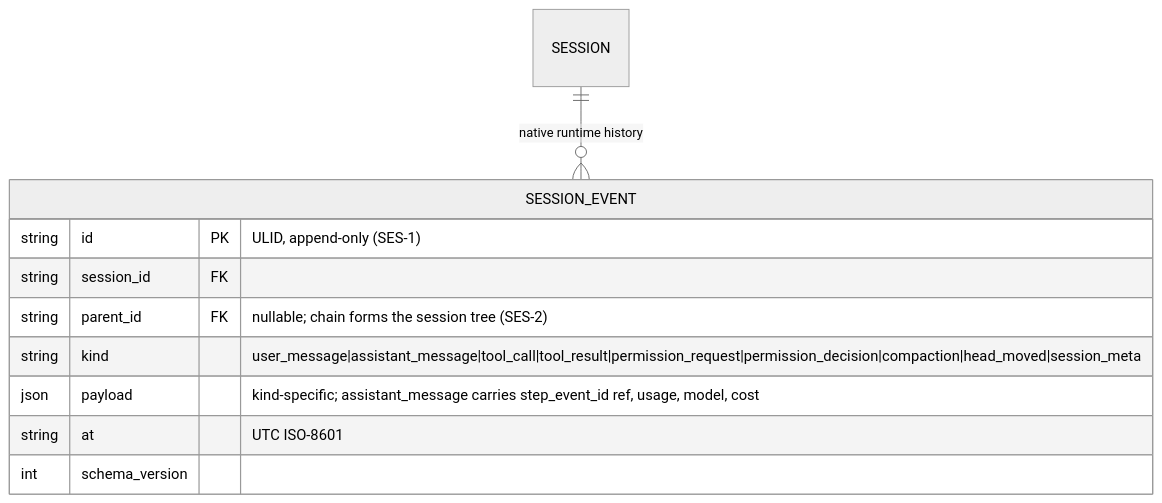
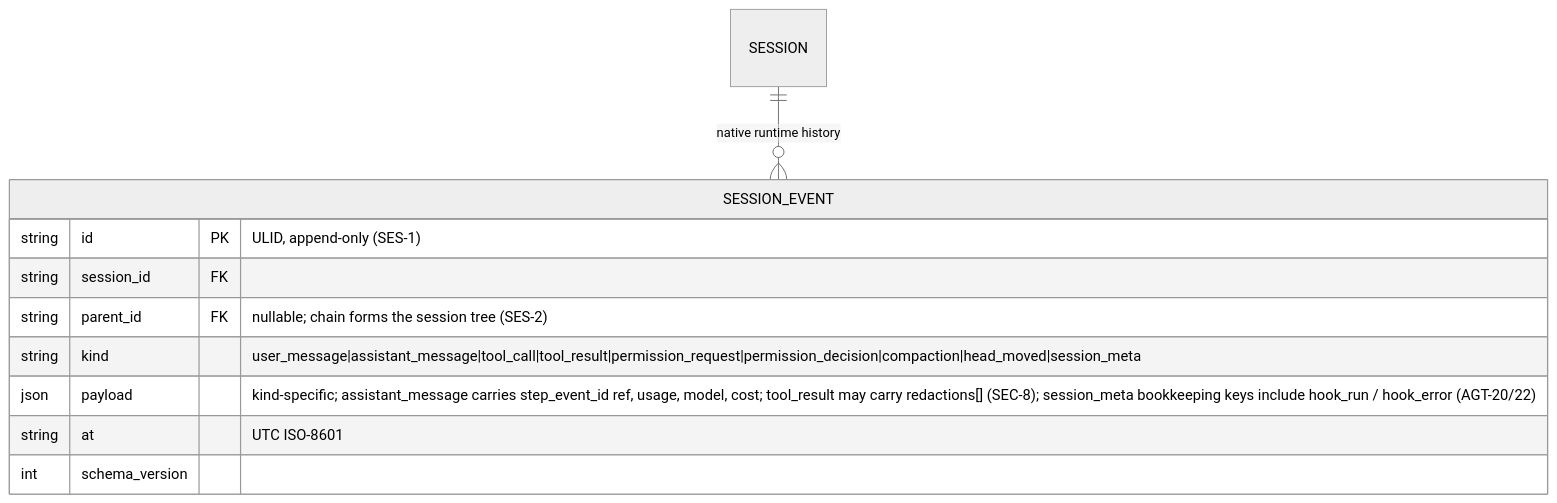
One commit to BrendanShields/obligato changed the fourth of 7 diagrams in docs/specs/2026-07-02-agent-harness-erd.md. Above: the diagram before and after it, drawn with Mermaid (neutral theme). The commit also changed 29 other files, not shown here.

````diff
--- a/docs/specs/2026-07-02-agent-harness-erd.md
+++ b/docs/specs/2026-07-02-agent-harness-erd.md
@@ -295,14 +295,14 @@
 ```mermaid
 erDiagram
     SESSION ||--o{ SESSION_EVENT : "native runtime history"
 
     SESSION_EVENT {
         string id PK "ULID, append-only (SES-1)"
         string session_id FK
         string parent_id FK "nullable; chain forms the session tree (SES-2)"
         string kind "user_message|assistant_message|tool_call|tool_result|permission_request|permission_decision|compaction|head_moved|session_meta"
-        json payload "kind-specific; assistant_message carries step_event_id ref, usage, model, cost"
+        json payload "kind-specific; assistant_message carries step_event_id ref, usage, model, cost; tool_result may carry redactions[] (SEC-8); session_meta bookkeeping keys include hook_run / hook_error (AGT-20/22)"
         string at "UTC ISO-8601"
         int schema_version
     }
 ```
````
